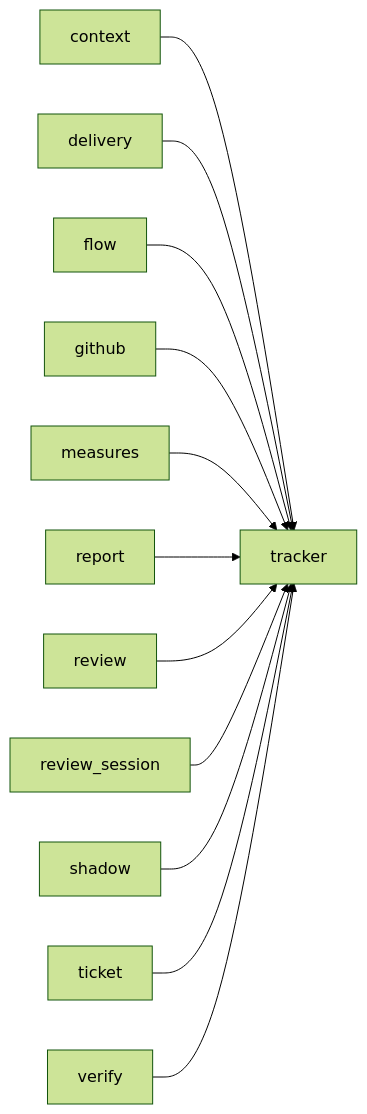
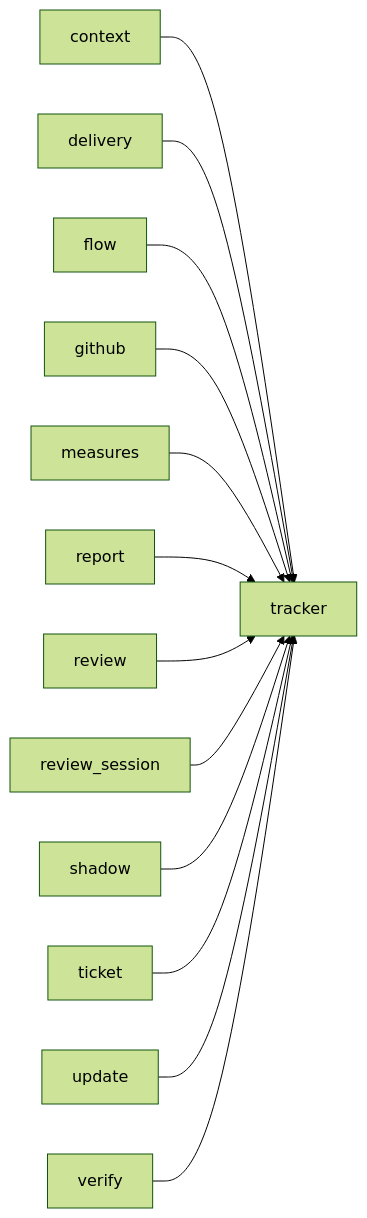
The third of 3 diagrams in docs/architecture/modules/tracker.md (plaplanche/ariane), drawn with Mermaid (forest theme) before and after one commit. The commit also changed 33 other files, not shown here.

````diff
--- a/docs/architecture/modules/tracker.md
+++ b/docs/architecture/modules/tracker.md
@@ -99,14 +99,15 @@
 ```mermaid
 flowchart LR
   context --> tracker
   delivery --> tracker
   flow --> tracker
   github --> tracker
   measures --> tracker
   report --> tracker
   review --> tracker
   review_session --> tracker
   shadow --> tracker
   ticket --> tracker
+  update --> tracker
   verify --> tracker
 ```
````
